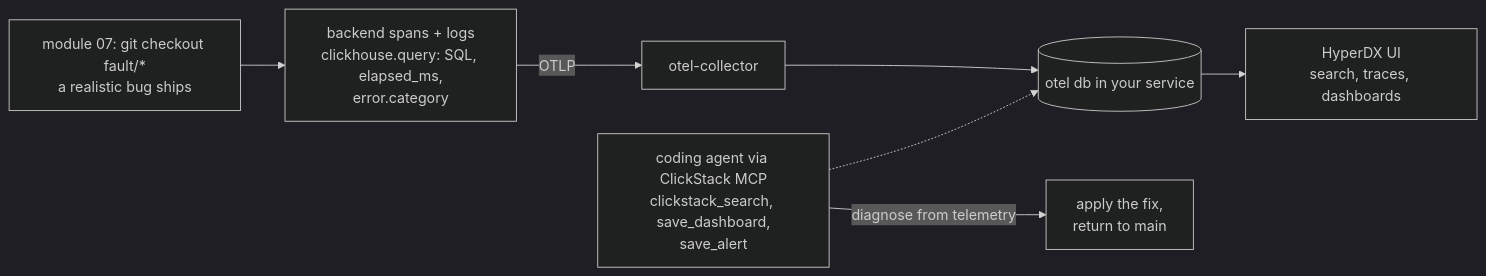
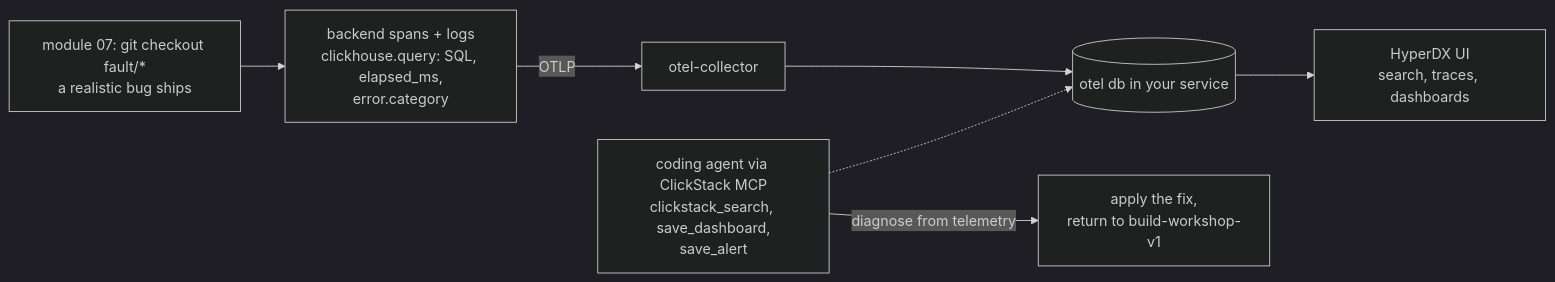
Before and after one commit to ClickHouse/ClickHouse_Demos: the fourth of 4 diagrams in workshops/build_workshop/README.md, drawn with Mermaid (dark theme). The commit also changed other lines of this file and 15 other files, not shown here.

````diff
--- a/workshops/build_workshop/README.md
+++ b/workshops/build_workshop/README.md
@@ -107,9 +109,9 @@
 ```mermaid
 flowchart LR
   APP["backend spans + logs<br/>clickhouse.query: SQL, elapsed_ms,<br/>error.category"] -->|OTLP| COL["otel-collector"]
   COL --> OTEL[("otel db in your service")]
   OTEL --> HDX2["HyperDX UI<br/>search, traces, dashboards"]
   SRE["coding agent via ClickStack MCP<br/>clickstack_search, save_dashboard,<br/>save_alert"] -.-> OTEL
   FAULT["module 07: git checkout fault/*<br/>a realistic bug ships"] --> APP
-  SRE -->|diagnose from telemetry| FIX["apply the fix,<br/>return to main"]
+  SRE -->|diagnose from telemetry| FIX["apply the fix,<br/>return to build-workshop-v1"]
 ```
````
